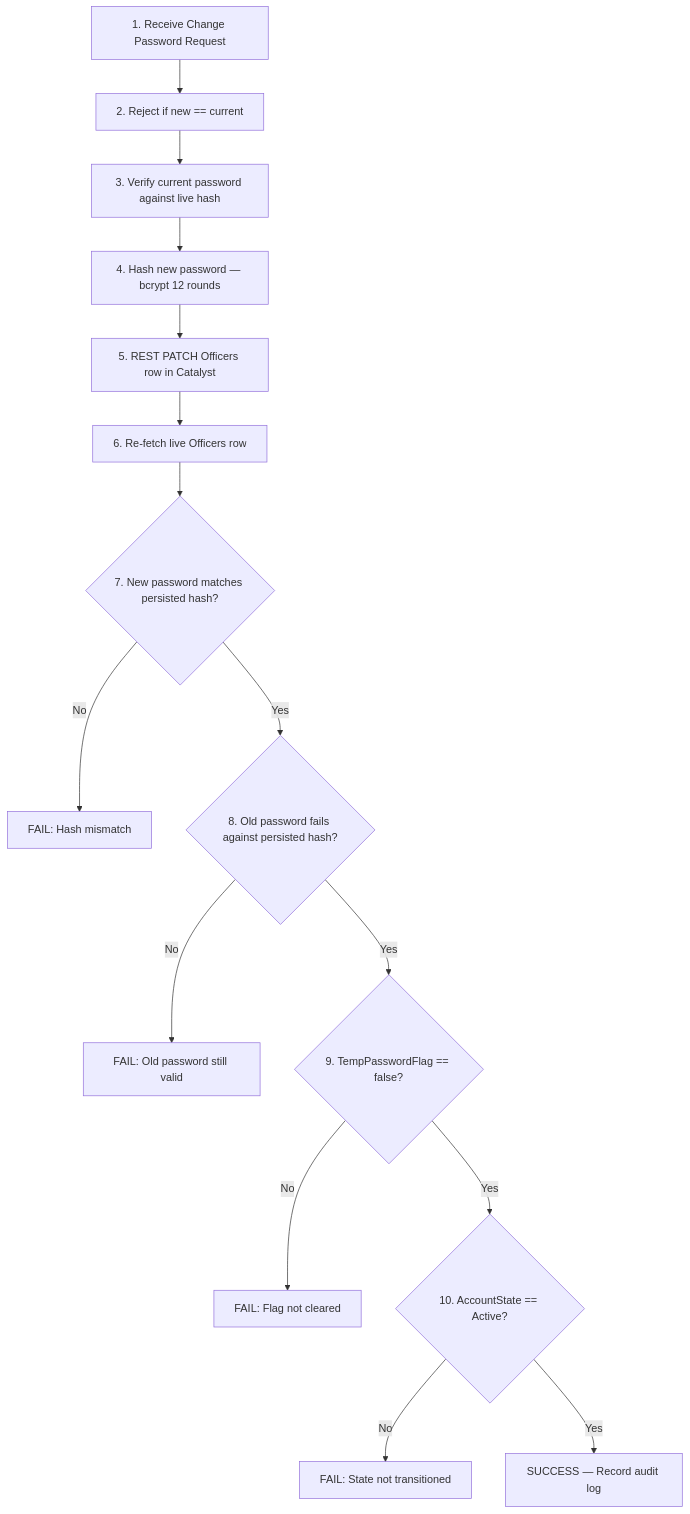
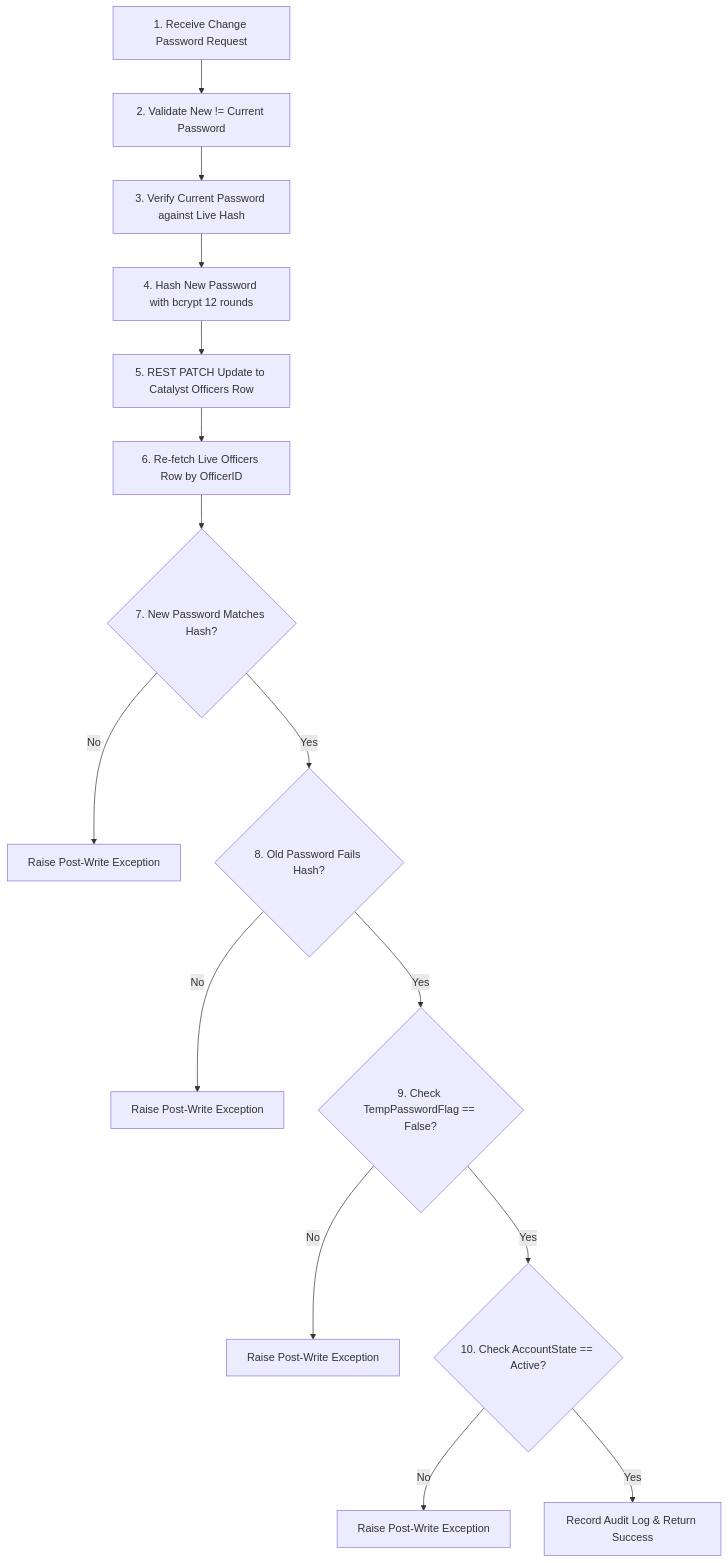
The fourth of 4 diagrams in README.md (Abhirupmandal/Sentinel-KSP), drawn with Mermaid before and after one commit. The commit also changed other lines of this file and 1 other file, not shown here.

Commit message:
docs: overhaul HLD and README architecture diagrams to match enterprise reference style

````diff
--- a/README.md
+++ b/README.md
@@ -630,17 +215,17 @@
 ```mermaid
 flowchart TD
-    A["1. Receive Change Password Request"] --> B["2. Reject if new == current"]
-    B --> C["3. Verify current password against live hash"]
-    C --> D["4. Hash new password — bcrypt 12 rounds"]
-    D --> E["5. REST PATCH Officers row in Catalyst"]
-    E --> F["6. Re-fetch live Officers row"]
-    F --> G{"7. New password matches persisted hash?"}
-    G -- No --> ERR1["FAIL: Hash mismatch"]
-    G -- Yes --> H{"8. Old password fails against persisted hash?"}
-    H -- No --> ERR2["FAIL: Old password still valid"]
-    H -- Yes --> I{"9. TempPasswordFlag == false?"}
-    I -- No --> ERR3["FAIL: Flag not cleared"]
-    I -- Yes --> J{"10. AccountState == Active?"}
-    J -- No --> ERR4["FAIL: State not transitioned"]
-    J -- Yes --> K["SUCCESS — Record audit log"]
+    A["1. Receive Change Password Request"] --> B["2. Validate New != Current Password"]
+    B --> C["3. Verify Current Password against Live Hash"]
+    C --> D["4. Hash New Password with bcrypt 12 rounds"]
+    D --> E["5. REST PATCH Update to Catalyst Officers Row"]
+    E --> F["6. Re-fetch Live Officers Row by OfficerID"]
+    F --> G{"7. New Password Matches Hash?"}
+    G -- No --> Err1["Raise Post-Write Exception"]
+    G -- Yes --> H{"8. Old Password Fails Hash?"}
+    H -- No --> Err2["Raise Post-Write Exception"]
+    H -- Yes --> I{"9. Check TempPasswordFlag == False?"}
+    I -- No --> Err3["Raise Post-Write Exception"]
+    I -- Yes --> J{"10. Check AccountState == Active?"}
+    J -- No --> Err4["Raise Post-Write Exception"]
+    J -- Yes --> K["Record Audit Log & Return Success"]
 ```
````
